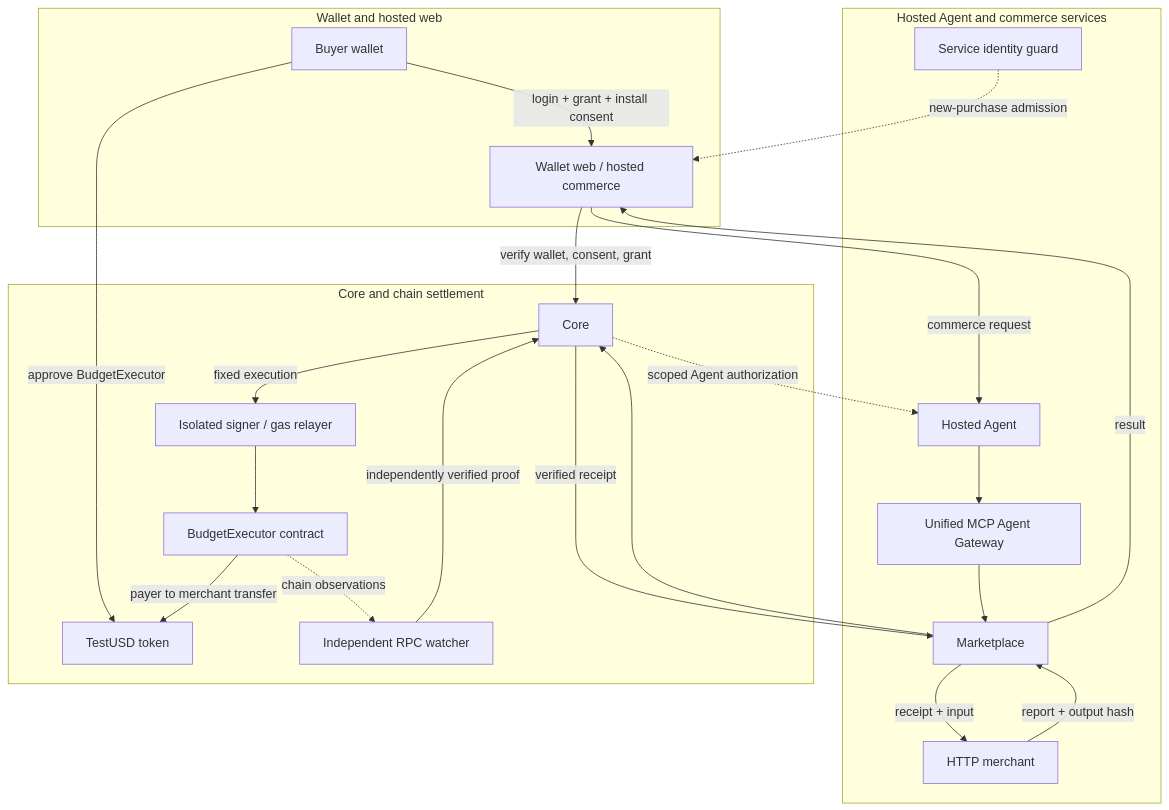
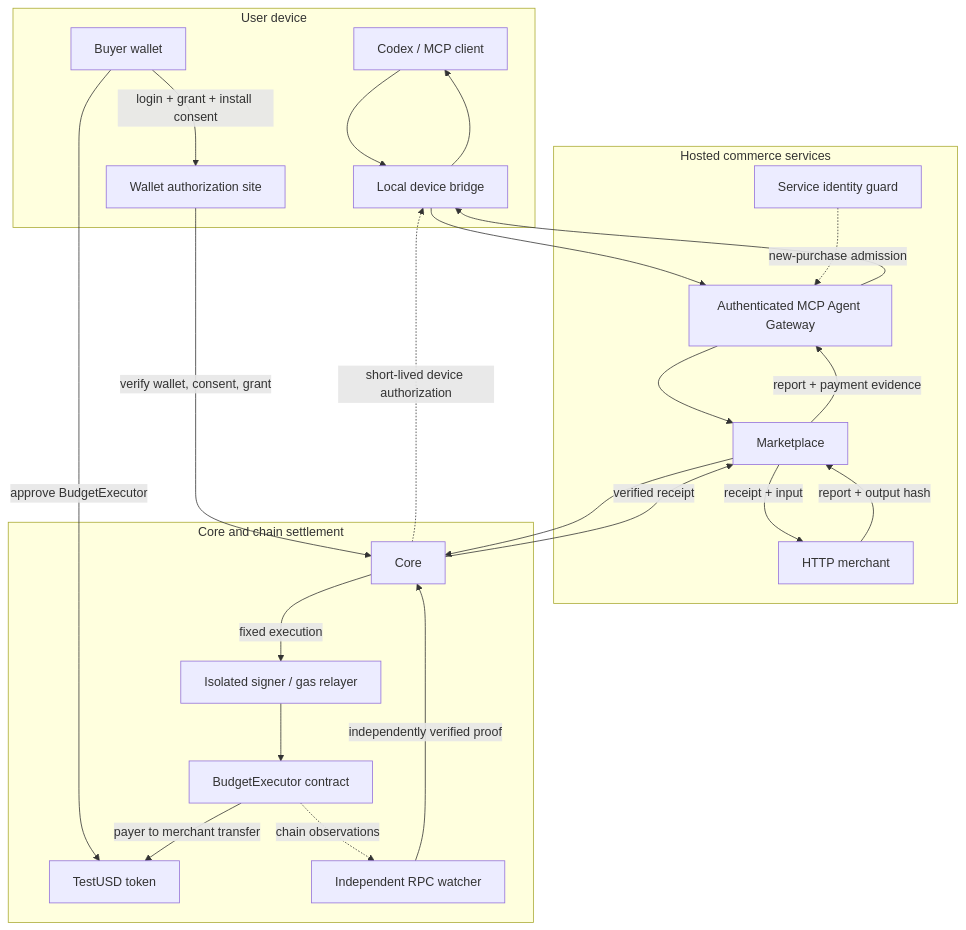
Before and after one commit to HEchooo/agentonomy-commerce: the diagram in README.md, drawn with Mermaid. The commit also changed other lines of this file and 24 other files, not shown here.

Commit message:
feat: connect Codex through wallet-authorized commerce MCP

````diff
--- a/README.md
+++ b/README.md
@@ -41,40 +45,40 @@
 ```mermaid
 flowchart TB
   %% Logical component dependencies; arrows are not a transport trace.
-  subgraph wallet[Wallet and hosted web]
+  subgraph device[User device]
+    A[Codex / MCP client]
+    D[Local device bridge]
     W[Buyer wallet]
-    U[Wallet web / hosted commerce]
+    U[Wallet authorization site]
   end
 
-  subgraph services[Hosted Agent and commerce services]
-    H[Hosted Agent]
-    G[Unified MCP Agent Gateway]
+  subgraph services[Hosted commerce services]
+    G[Authenticated MCP Agent Gateway]
     M[Marketplace]
     I[Service identity guard]
     R[HTTP merchant]
   end
 
   subgraph settlement[Core and chain settlement]
     C[Core]
     X[Isolated signer / gas relayer]
     B[BudgetExecutor contract]
     T[TestUSD token]
     V[Independent RPC watcher]
   end
 
   W -->|login + grant + install consent| U
   W -->|approve BudgetExecutor| T
   U -->|verify wallet, consent, grant| C
-  C -.->|scoped Agent authorization| H
-  U -->|commerce request| H
-  I -.->|new-purchase admission| U
-  H --> G --> M --> C
+  C -.->|short-lived device authorization| D
+  A --> D --> G --> M --> C
+  I -.->|new-purchase admission| G
   C -->|fixed execution| X --> B
   B -->|payer to merchant transfer| T
   B -.->|chain observations| V
   V -->|independently verified proof| C
   C -->|verified receipt| M
   M -->|receipt + input| R
   R -->|report + output hash| M
-  M -->|result| U
+  M -->|report + payment evidence| G --> D --> A
 ```
````
